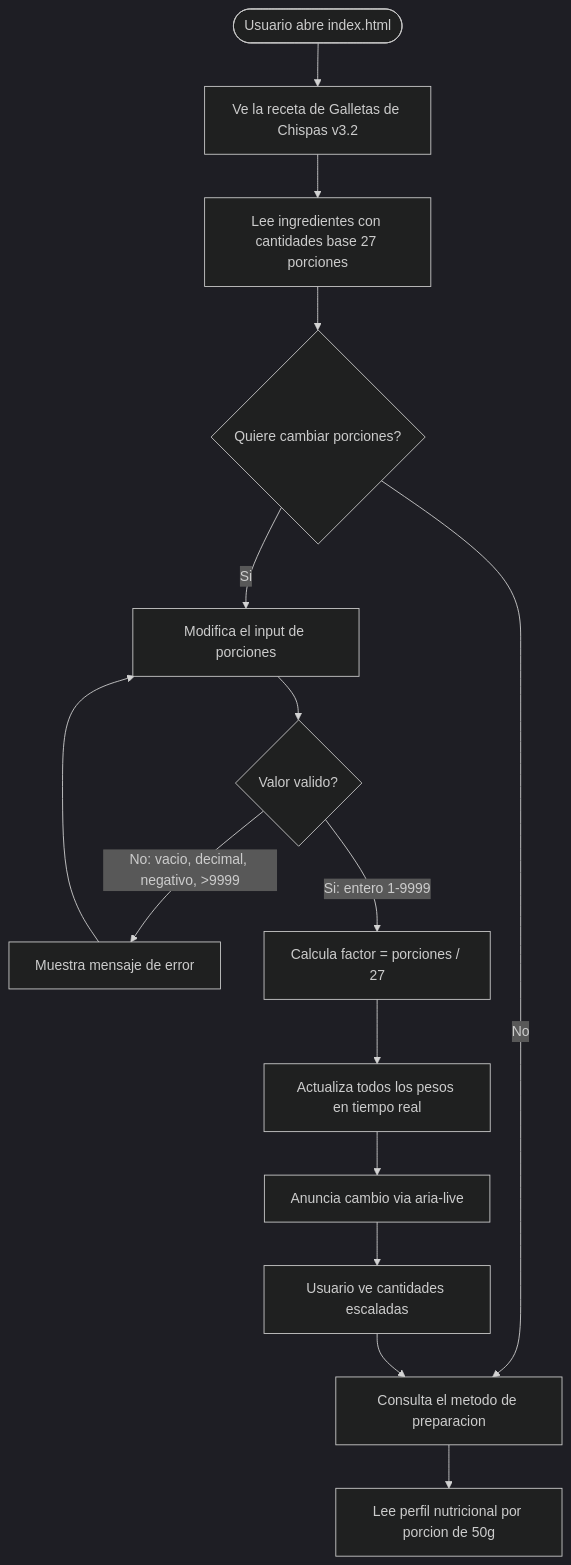
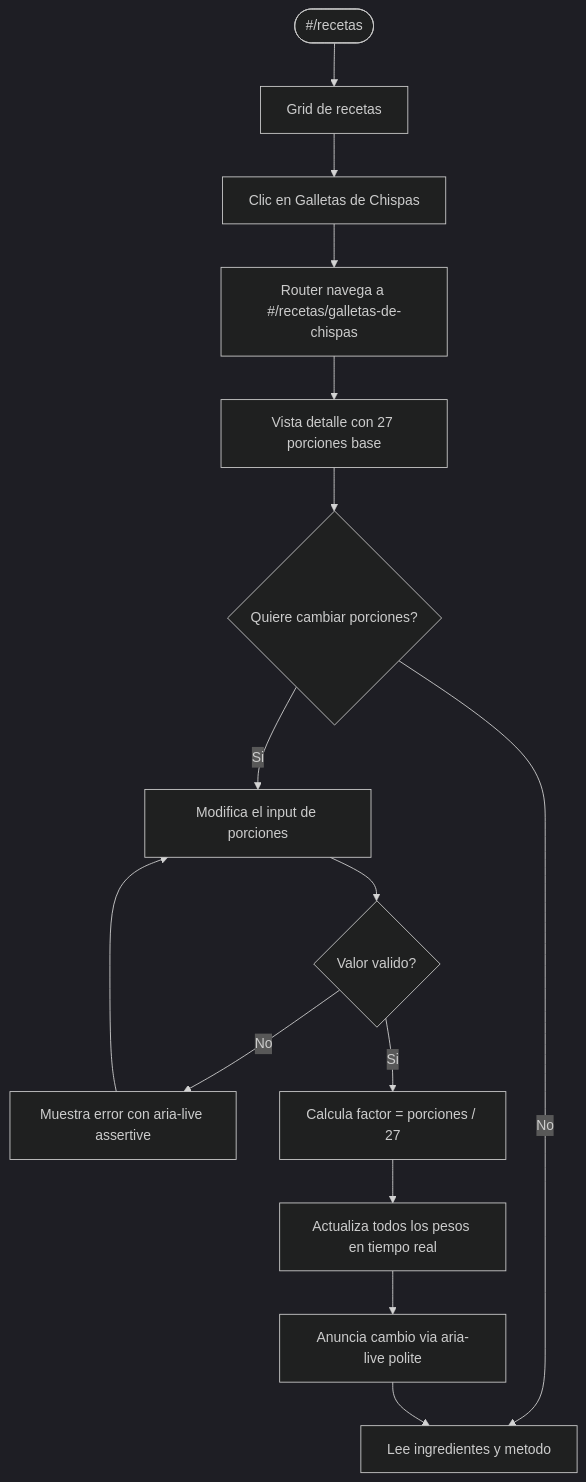
One commit to rmoreno-dev/chef-scrapbook changed the second of 8 diagrams in Chef Scrapbook AI/10_FLUJOS_DE_USUARIO.md. Above: the diagram before and after it, drawn with Mermaid (dark theme). The commit also changed other lines of this file and 67 other files, not shown here.

````diff
--- a/Chef Scrapbook AI/10_FLUJOS_DE_USUARIO.md
+++ b/Chef Scrapbook AI/10_FLUJOS_DE_USUARIO.md
@@ -28,17 +42,17 @@
 ```mermaid
 flowchart TD
-    A([Usuario abre index.html]) --> B[Ve la receta de Galletas de Chispas v3.2]
-    B --> C[Lee ingredientes con cantidades base 27 porciones]
-    C --> D{Quiere cambiar porciones?}
-    D -->|No| E[Consulta el metodo de preparacion]
-    D -->|Si| F[Modifica el input de porciones]
-    F --> G{Valor valido?}
-    G -->|No: vacio, decimal, negativo, >9999| H[Muestra mensaje de error]
-    H --> F
-    G -->|Si: entero 1-9999| I[Calcula factor = porciones / 27]
-    I --> J[Actualiza todos los pesos en tiempo real]
-    J --> K[Anuncia cambio via aria-live]
-    K --> L[Usuario ve cantidades escaladas]
-    L --> E
-    E --> M[Lee perfil nutricional por porcion de 50g]
+    A([#/recetas]) --> B[Grid de recetas]
+    B --> C[Clic en Galletas de Chispas]
+    C --> D[Router navega a #/recetas/galletas-de-chispas]
+    D --> E[Vista detalle con 27 porciones base]
+    E --> F{Quiere cambiar porciones?}
+    F -->|No| G[Lee ingredientes y metodo]
+    F -->|Si| H[Modifica el input de porciones]
+    H --> I{Valor valido?}
+    I -->|No| J[Muestra error con aria-live assertive]
+    J --> H
+    I -->|Si| K[Calcula factor = porciones / 27]
+    K --> L[Actualiza todos los pesos en tiempo real]
+    L --> M[Anuncia cambio via aria-live polite]
+    M --> G
 ```
````
